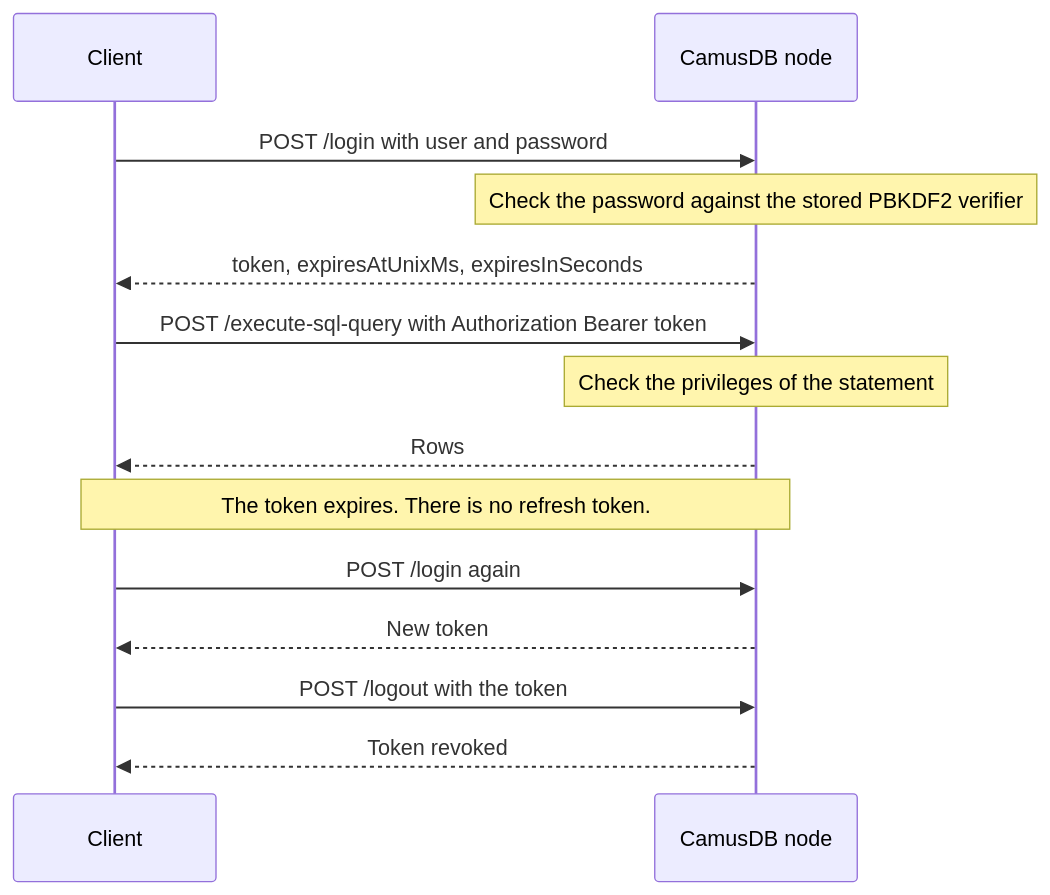
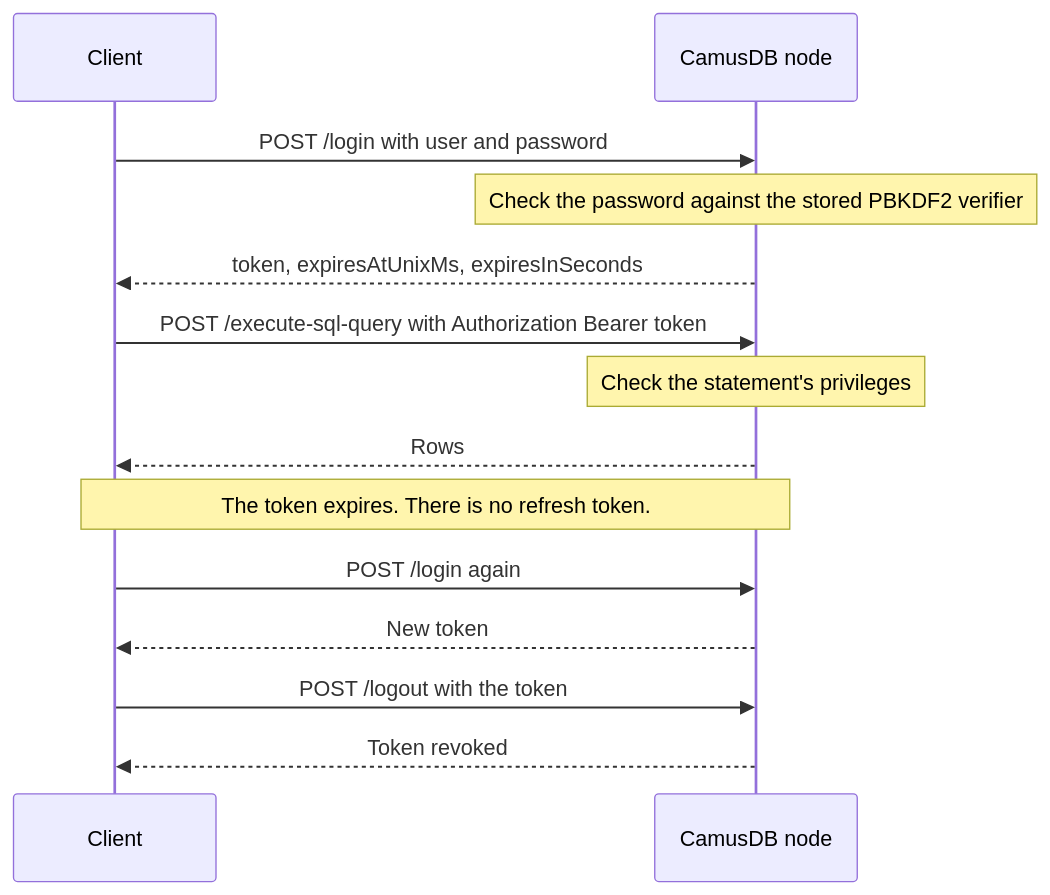
One commit to camusdb/camusdb.github.io changed the diagram in docs/sql-authentication.md. Above: the diagram before and after it, drawn with Mermaid. The commit also changed other lines of this file and 174 other files, not shown here.

````diff
--- a/docs/sql-authentication.md
+++ b/docs/sql-authentication.md
@@ -134,16 +134,16 @@
 ```mermaid
 sequenceDiagram
     participant C as Client
     participant N as CamusDB node
     C->>N: POST /login with user and password
     Note over N: Check the password against the stored PBKDF2 verifier
     N-->>C: token, expiresAtUnixMs, expiresInSeconds
     C->>N: POST /execute-sql-query with Authorization Bearer token
-    Note over N: Check the privileges of the statement
+    Note over N: Check the statement's privileges
     N-->>C: Rows
     Note over C,N: The token expires. There is no refresh token.
     C->>N: POST /login again
     N-->>C: New token
     C->>N: POST /logout with the token
     N-->>C: Token revoked
 ```
````
